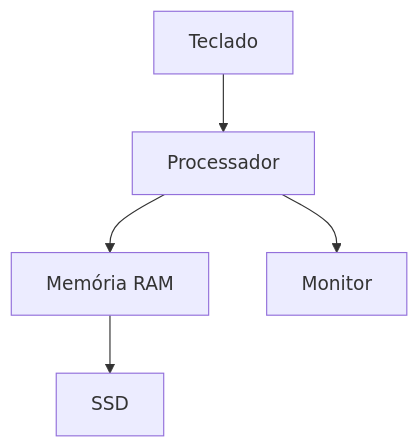
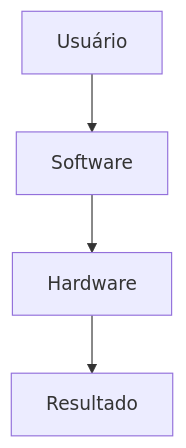
The second of 2 diagrams in 01-Fundamentos-da-Informatica/Aulas/Aula-02-Hardware-e-Software/01-Fundamentos.md (theooiiii/Tecnico-em-Informatica-Completo), drawn with Mermaid before and after one commit. The commit also changed other lines of this file, not shown here.

````diff
--- a/01-Fundamentos-da-Informatica/Aulas/Aula-02-Hardware-e-Software/01-Fundamentos.md
+++ b/01-Fundamentos-da-Informatica/Aulas/Aula-02-Hardware-e-Software/01-Fundamentos.md
@@ -239,14 +142,11 @@
 ```mermaid
 flowchart TD
-    A[Teclado]
-    --> B[Processador]
+    A[Usuário]
+    --> B[Software]
 
     B
-    --> C[Memória RAM]
+    --> C[Hardware]
 
     C
-    --> D[SSD]
-
-    B
-    --> E[Monitor]
+    --> D[Resultado]
 ```
````
